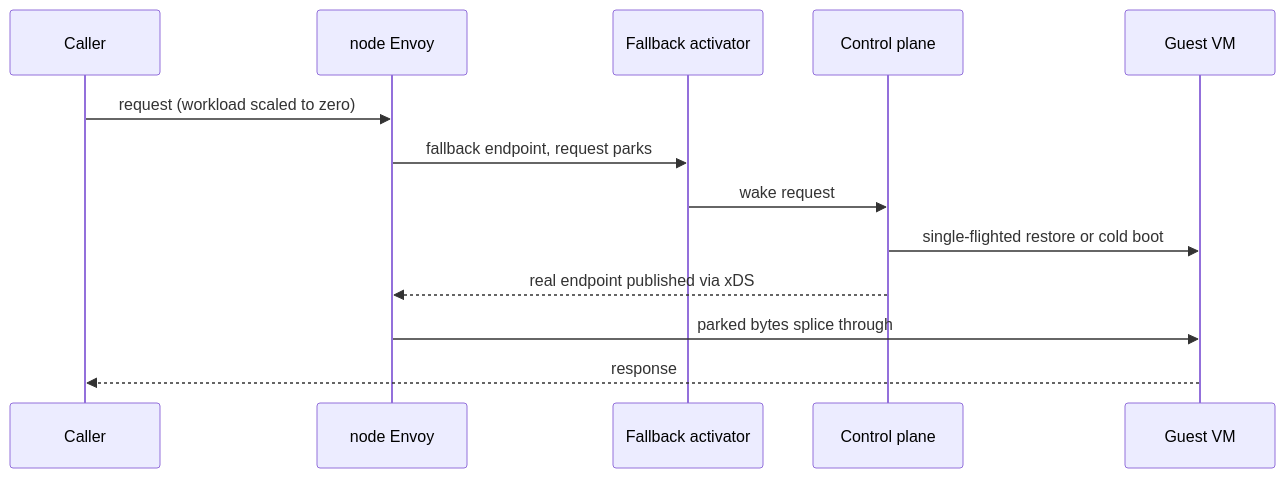
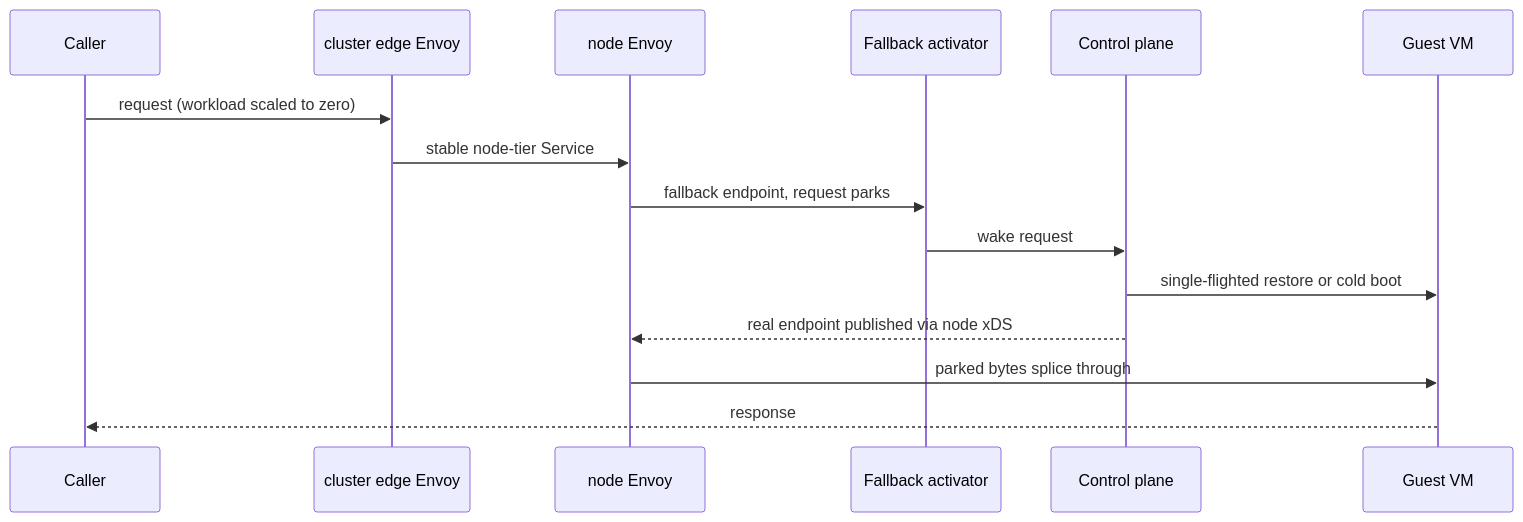
One commit to jomcgi-org/homelab changed the third of 6 diagrams in projects/embervm/ARCHITECTURE.md. Above: the diagram before and after it, drawn with Mermaid. The commit also changed other lines of this file and 16 other files, not shown here.

Commit message:
feat(embervm): add cluster-serving edge tier

````diff
--- a/projects/embervm/ARCHITECTURE.md
+++ b/projects/embervm/ARCHITECTURE.md
@@ -206,15 +215,17 @@
 ```mermaid
 sequenceDiagram
     participant C as Caller
-    participant E as node Envoy
+    participant E as cluster edge Envoy
+    participant N as node Envoy
     participant A as Fallback activator
     participant CP as Control plane
     participant VM as Guest VM
     C->>E: request (workload scaled to zero)
-    E->>A: fallback endpoint, request parks
+    E->>N: stable node-tier Service
+    N->>A: fallback endpoint, request parks
     A->>CP: wake request
     CP->>VM: single-flighted restore or cold boot
-    CP-->>E: real endpoint published via xDS
-    E->>VM: parked bytes splice through
+    CP-->>N: real endpoint published via node xDS
+    N->>VM: parked bytes splice through
     VM-->>C: response
 ```
````
